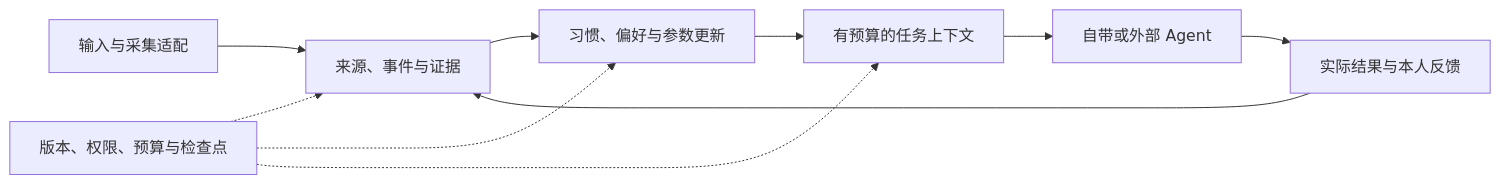
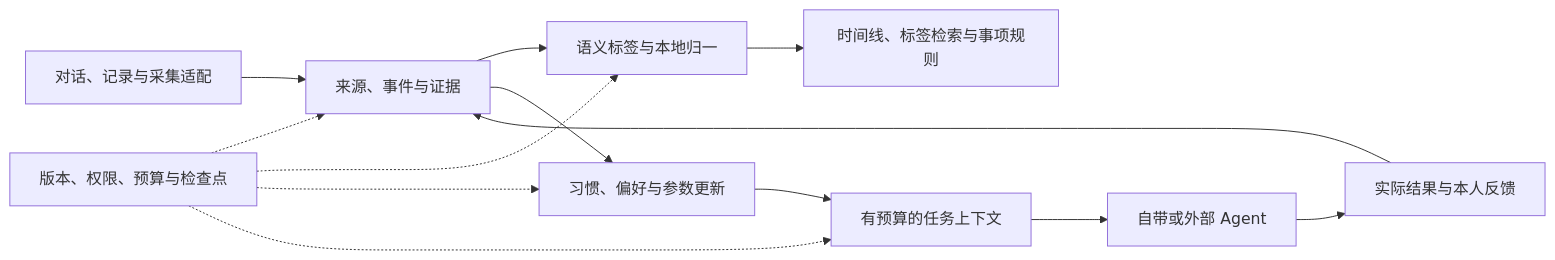
One commit to 155TuT/2601-fzu-SoftwareEngineering-YuezhongWu changed the diagram in homework/team/task5/ans/research.md. Above: the diagram before and after it, drawn with Mermaid. The commit also changed other lines of this file and 1 other file, not shown here.

````diff
--- a/homework/team/task5/ans/research.md
+++ b/homework/team/task5/ans/research.md
@@ -168,12 +191,15 @@
 ```mermaid
 flowchart LR
-    IN["输入与采集适配"] --> SRC["来源、事件与证据"]
+    IN["对话、记录与采集适配"] --> SRC["来源、事件与证据"]
+    SRC --> TAG["语义标签与本地归一"]
+    TAG --> VIEW["时间线、标签检索与事项规则"]
     SRC --> MODEL["习惯、偏好与参数更新"]
     MODEL --> CTX["有预算的任务上下文"]
     CTX --> HOST["自带或外部 Agent"]
     HOST --> OUT["实际结果与本人反馈"]
     OUT --> SRC
     CTRL["版本、权限、预算与检查点"] -.-> SRC
+    CTRL -.-> TAG
     CTRL -.-> MODEL
     CTRL -.-> CTX
 ```
````
